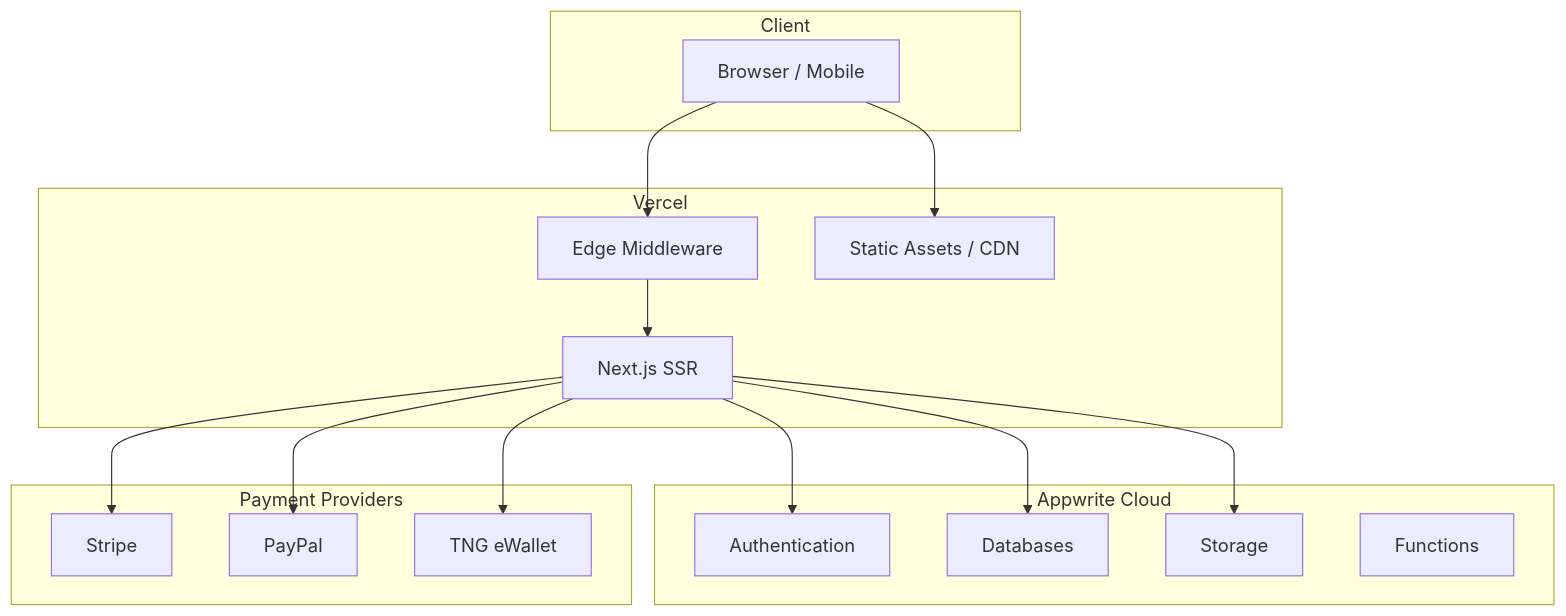
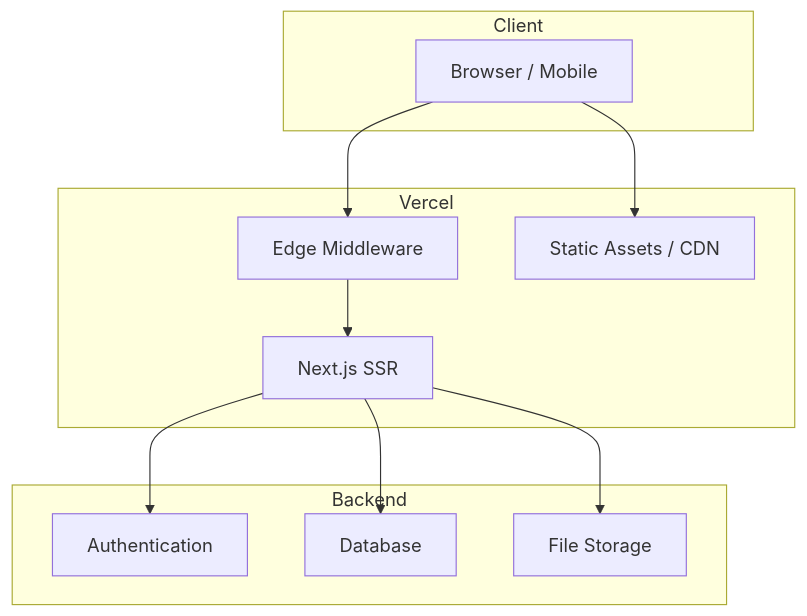
Before and after one commit to yashiel/claude-code-starter: the diagram in docs/diagrams/deployment.md, drawn with Mermaid. The commit also changed other lines of this file and 19 other files, not shown here.

First line of the commit message:
Generalize starter kit — remove Appwrite/payment provider specifics

````diff
--- a/docs/diagrams/deployment.md
+++ b/docs/diagrams/deployment.md
@@ -5,34 +5,24 @@
 ```mermaid
 graph TB
     subgraph "Client"
         Browser[Browser / Mobile]
     end
 
     subgraph "Vercel"
         Edge[Edge Middleware]
         SSR[Next.js SSR]
         Static[Static Assets / CDN]
     end
 
-    subgraph "Appwrite Cloud"
+    subgraph "Backend"
         Auth[Authentication]
-        DB[Databases]
-        Storage[Storage]
-        Functions[Functions]
-    end
-
-    subgraph "Payment Providers"
-        Stripe[Stripe]
-        PayPal[PayPal]
-        TNG[TNG eWallet]
+        DB[Database]
+        Storage[File Storage]
     end
 
     Browser --> Edge --> SSR
     Browser --> Static
     SSR --> Auth
     SSR --> DB
     SSR --> Storage
-    SSR --> Stripe
-    SSR --> PayPal
-    SSR --> TNG
 ```
````
